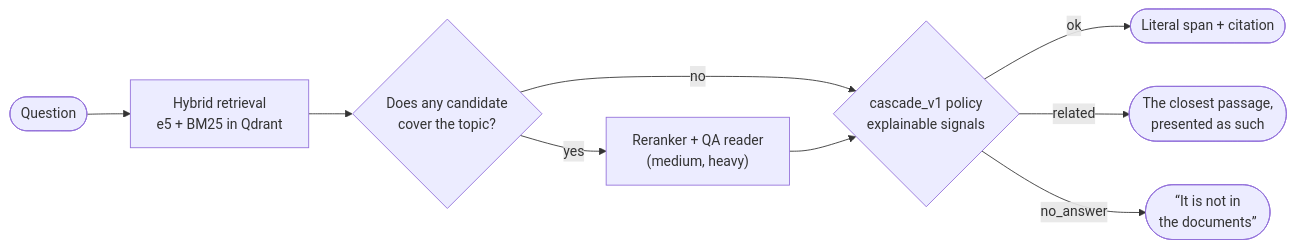
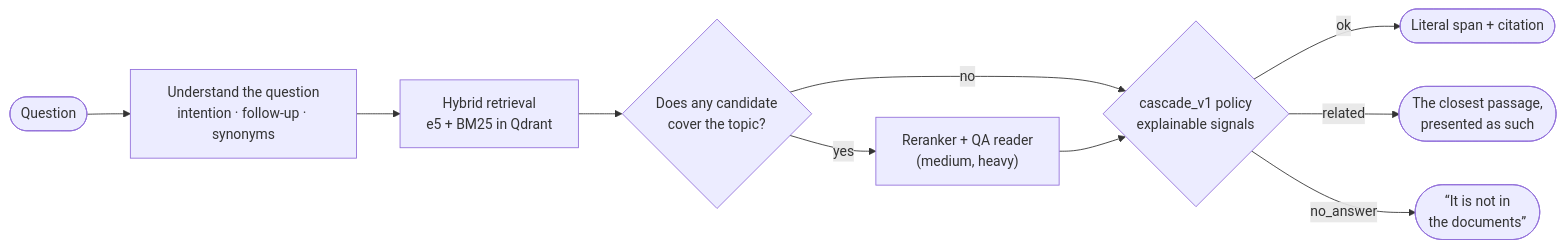
One commit to ClaudioH19/ipsis changed the diagram in README.md. Above: the diagram before and after it, drawn with Mermaid. The commit also changed 2 other files, not shown here.

Commit message:
Diagramas al día: comprensión de la pregunta, memoria de sesión y OCR
La vida de una pregunta muestra el análisis (seguimiento, intención,
sinónimos), la memoria de sesión, el foco sin palabras de relación ni
genéricas, la lectura por pista y el bono de pista; con una tabla que
explica cada parte con un ejemplo. La ingesta muestra el OCR opcional. Las
tablas de módulos suman consultas.py, seguimiento.py y ocr.py, y el «Cómo
funciona» de ambos README el paso de entender la pregunta.

````diff
--- a/README.md
+++ b/README.md
@@ -91,11 +91,12 @@
 ```mermaid
 flowchart LR
-    Q([Question]) --> R["Hybrid retrieval<br/>e5 + BM25 in Qdrant"]
+    Q([Question]) --> U["Understand the question<br/>intention · follow-up · synonyms"]
+    U --> R["Hybrid retrieval<br/>e5 + BM25 in Qdrant"]
     R --> F{"Does any candidate<br/>cover the topic?"}
     F -- yes --> L["Reranker + QA reader<br/>(medium, heavy)"]
     F -- no --> D
     L --> D{"cascade_v1 policy<br/>explainable signals"}
     D -- ok --> OK(["Literal span + citation"])
     D -- related --> REL(["The closest passage,<br/>presented as such"])
     D -- no_answer --> NO(["“It is not in<br/>the documents”"])
 ```
````
